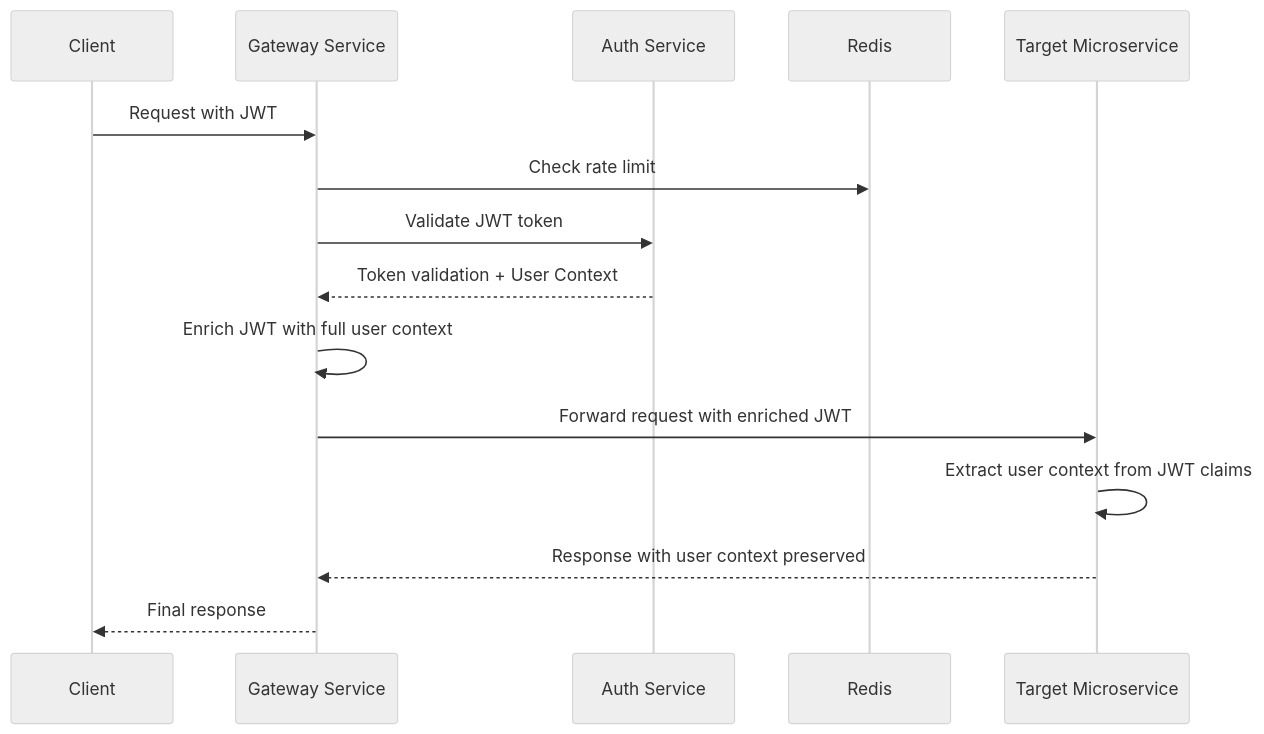
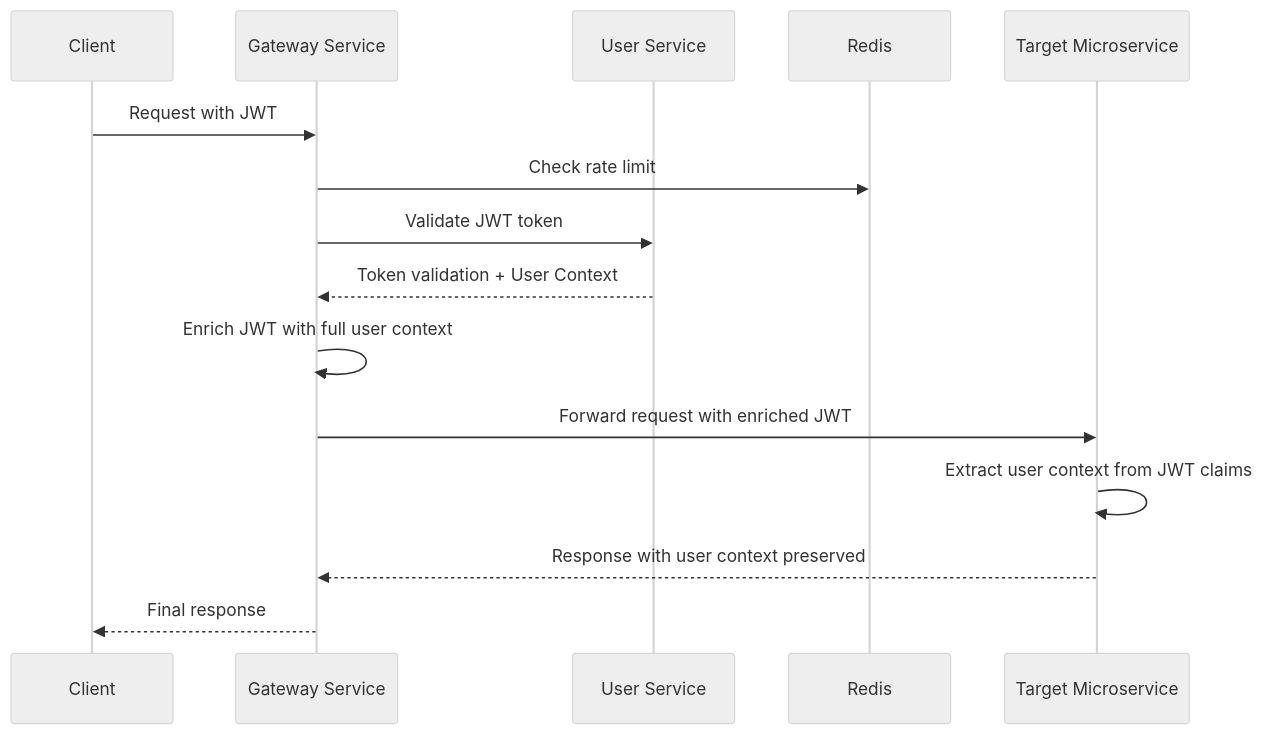
One commit to IQKV/microservices-platform changed the second of 3 diagrams in .kiro/specs/establish-microservices-platform-api-gateway-and-auth/design.md. Above: the diagram before and after it, drawn with Mermaid (neutral theme). The commit also changed other lines of this file and 229 other files, not shown here.

Commit message:
chore: migrate to user-service naming

````diff
--- a/.kiro/specs/establish-microservices-platform-api-gateway-and-auth/design.md
+++ b/.kiro/specs/establish-microservices-platform-api-gateway-and-auth/design.md
@@ -844,18 +844,18 @@
 ```mermaid
 sequenceDiagram
     participant C as Client
     participant G as Gateway Service
-    participant A as Auth Service
+    participant A as User Service
     participant R as Redis
     participant M as Target Microservice
 
     C->>G: Request with JWT
     G->>R: Check rate limit
     G->>A: Validate JWT token
     A-->>G: Token validation + User Context
     G->>G: Enrich JWT with full user context
     G->>M: Forward request with enriched JWT
     M->>M: Extract user context from JWT claims
     M-->>G: Response with user context preserved
     G-->>C: Final response
 ```
````
